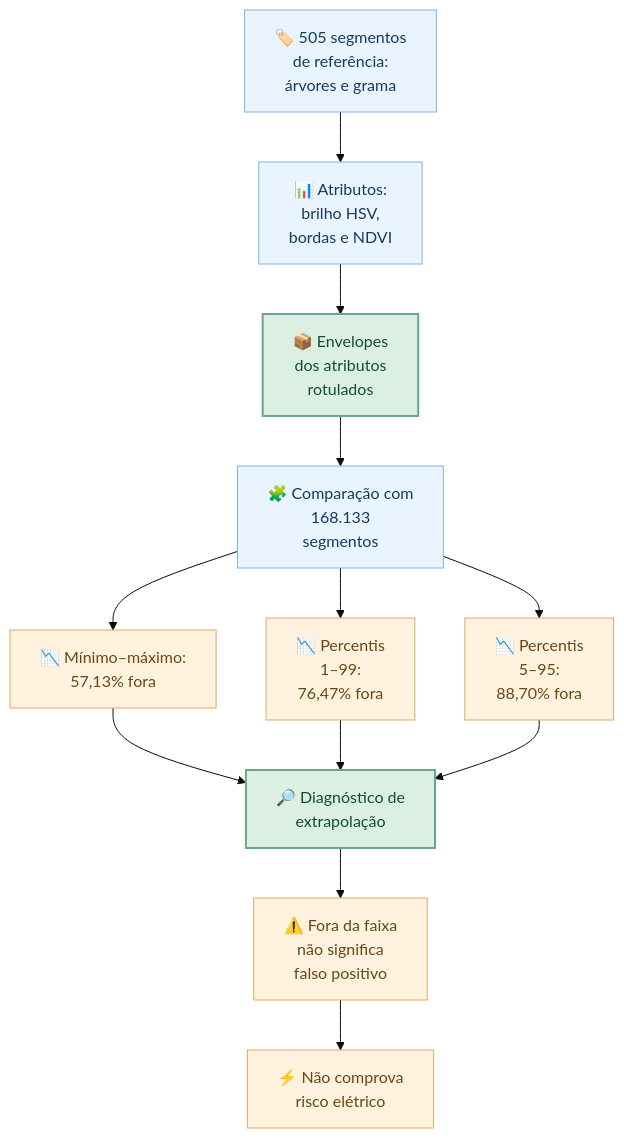
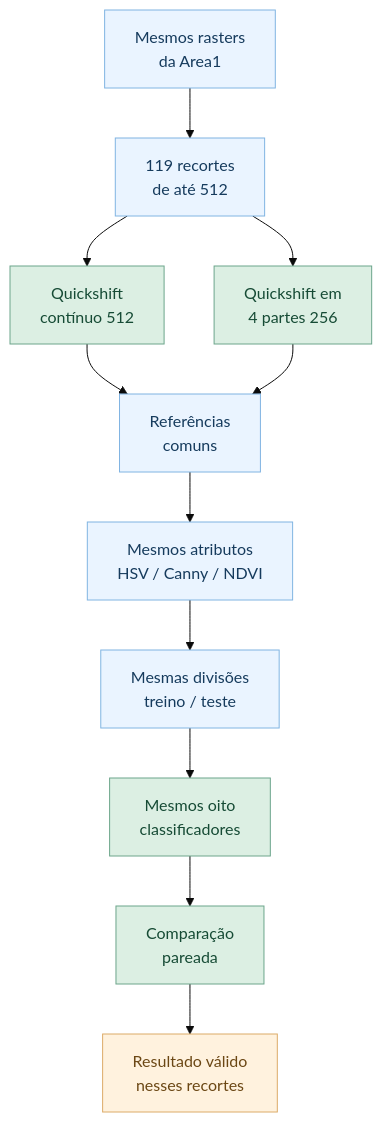
One commit to BrenoBragaGalvao/mestrado-arvores-urbanas changed the fourth of 4 diagrams in README.md. Above: the diagram before and after it, drawn with Mermaid (base theme). The commit also changed other lines of this file, not shown here.

Commit message:
docs(mestrado): reescrever somente seções após autor com explicação acessível das comparações e datasets

````diff
--- a/README.md
+++ b/README.md
@@ -381,21 +443,20 @@
 ```mermaid
 flowchart TD
-    A["🏷️ 505 segmentos<br/>de referência:<br/>árvores e grama"] --> B["📊 Atributos:<br/>brilho HSV,<br/>bordas e NDVI"]
-    B --> C["📦 Envelopes<br/>dos atributos<br/>rotulados"]
-    C --> D["🧩 Comparação com<br/>168.133<br/>segmentos"]
-    D --> E["📉 Mínimo–máximo:<br/>57,13% fora"]
-    D --> F["📉 Percentis<br/>1–99:<br/>76,47% fora"]
-    D --> G["📉 Percentis<br/>5–95:<br/>88,70% fora"]
-    E --> H["🔎 Diagnóstico de<br/>extrapolação"]
-    F --> H
-    G --> H
-    H --> I["⚠️ Fora da faixa<br/>não significa<br/>falso positivo"]
-    I --> J["⚡ Não comprova<br/>risco elétrico"]
+    A["Mesmos rasters<br/>da Area1"] --> B["119 recortes<br/>de até 512"]
+    B --> C["Quickshift<br/>contínuo 512"]
+    B --> D["Quickshift em<br/>4 partes 256"]
+    C --> E["Referências<br/>comuns"]
+    D --> E
+    E --> F["Mesmos atributos<br/>HSV / Canny / NDVI"]
+    F --> G["Mesmas divisões<br/>treino / teste"]
+    G --> H["Mesmos oito<br/>classificadores"]
+    H --> I["Comparação<br/>pareada"]
+    I --> J["Resultado válido<br/>nesses recortes"]
 
-    classDef entrada fill:#eaf4ff,stroke:#80b4e2,color:#163b5d,stroke-width:1px;
-    classDef processo fill:#dcefe3,stroke:#6ca58b,color:#164b35,stroke-width:2px;
-    classDef resultado fill:#fff2de,stroke:#dcab68,color:#6b4714,stroke-width:1px;
-    class A,B,D entrada;
-    class C,H processo;
-    class E,F,G,I,J resultado;
+    classDef azul fill:#eaf4ff,stroke:#80b4e2,color:#163b5d;
+    classDef verde fill:#dcefe3,stroke:#6ca58b,color:#164b35;
+    classDef areia fill:#fff2de,stroke:#dcab68,color:#6b4714;
+    class A,B,E,F,G azul;
+    class C,D,H,I verde;
+    class J areia;
 ```
````
